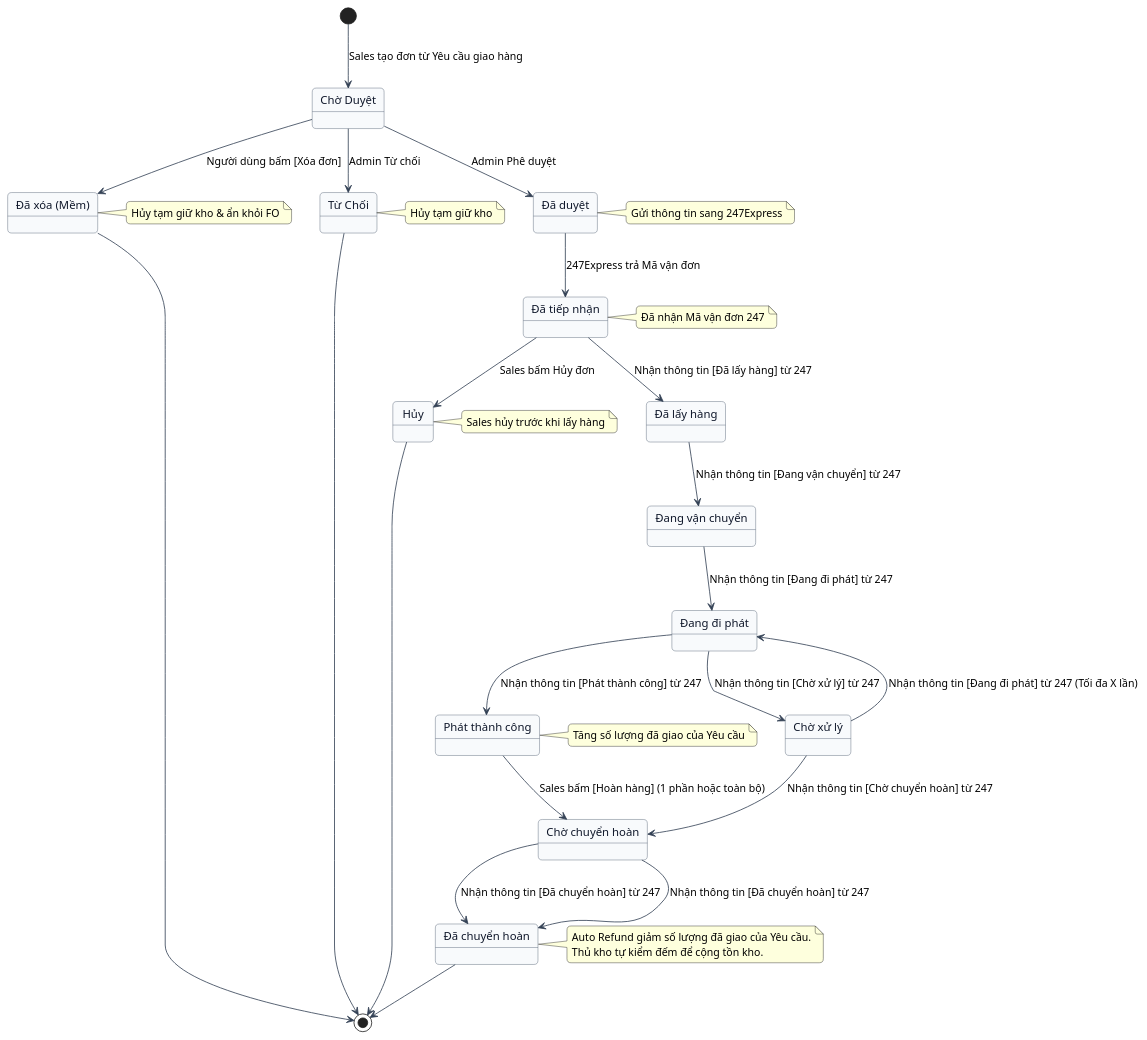
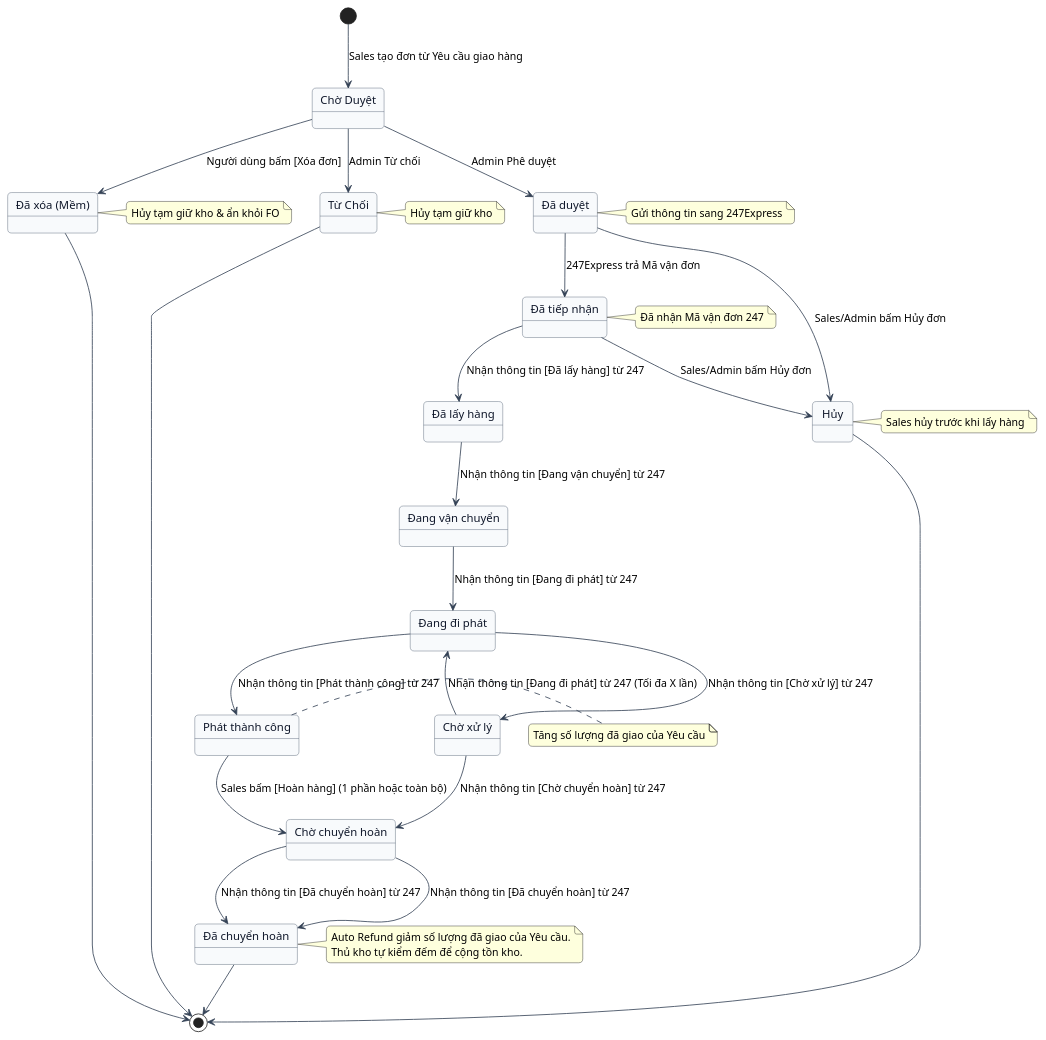
The third of 7 diagrams in docs/order-tracking/srs/states.md (nlchis/DVM-SRS), drawn with PlantUML before and after one commit. The commit also changed 29 other files, not shown here.

Commit message:
docs(order-tracking): sync SRS v1.3.3, 9 UCs with PlantUML flowcharts, business NFRs, and full interactive prototype by @nlchis

```diff
--- a/docs/order-tracking/srs/states.md
+++ b/docs/order-tracking/srs/states.md
@@ -154,8 +154,9 @@
 PENDING_APPROVAL --> REJECTED : Admin Từ chối
 PENDING_APPROVAL --> APPROVED : Admin Phê duyệt
 APPROVED --> AWAITING_SHIPPING : 247Express trả Mã vận đơn
+APPROVED --> CANCELLED : Sales/Admin bấm Hủy đơn
 
-AWAITING_SHIPPING --> CANCELLED : Sales bấm Hủy đơn
+AWAITING_SHIPPING --> CANCELLED : Sales/Admin bấm Hủy đơn
 AWAITING_SHIPPING --> PICKED_UP : Nhận thông tin [Đã lấy hàng] từ 247
 PICKED_UP --> IN_TRANSIT : Nhận thông tin [Đang vận chuyển] từ 247
 IN_TRANSIT --> DELIVERING : Nhận thông tin [Đang đi phát] từ 247
```
